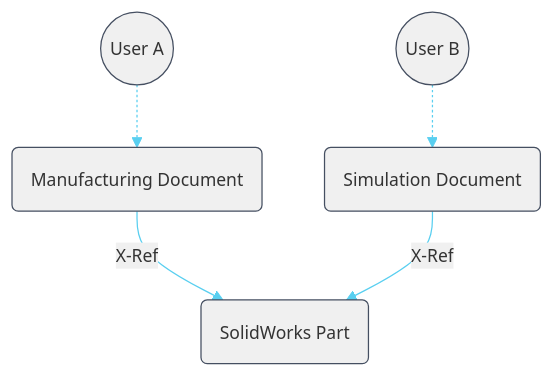
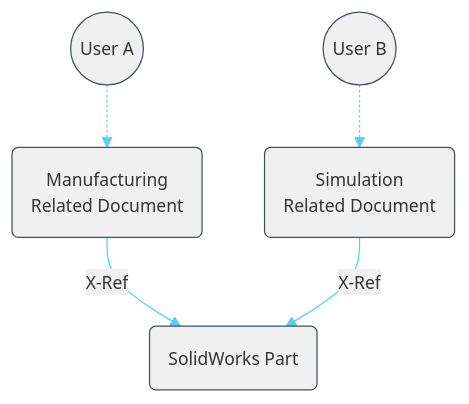
Before and after one commit to schneik80/Fusion-Create-Discipline-Document: the third of 4 diagrams in README.md, drawn with Mermaid. The commit also changed other lines of this file and 1 other file, not shown here.

````diff
--- a/README.md
+++ b/README.md
@@ -76,30 +75,30 @@
 ```mermaid
 %%{
 init: {
 'theme':'base',
 'themeVariables': {
 'primaryColor': '#f0f0f0',
 'primaryBorderColor': '#454F61',
 'lineColor': '#59cff0',
 'tertiaryColor': '#e1ecf5',
 'fontSize': '14px'
 }
 }
 }%%
 
 graph TD
 
 A(SolidWorks Part)
-B(Manufacturing Document)
-C(Simulation Document)
+B(Manufacturing\n Related Document)
+C(Simulation\n Related  Document)
 
 i((User A))
 j((User B))
 
 B --"X-Ref"--> A
 C --"X-Ref"--> A
 
 i -.-> B
 j -.-> C
 
 ```
````
